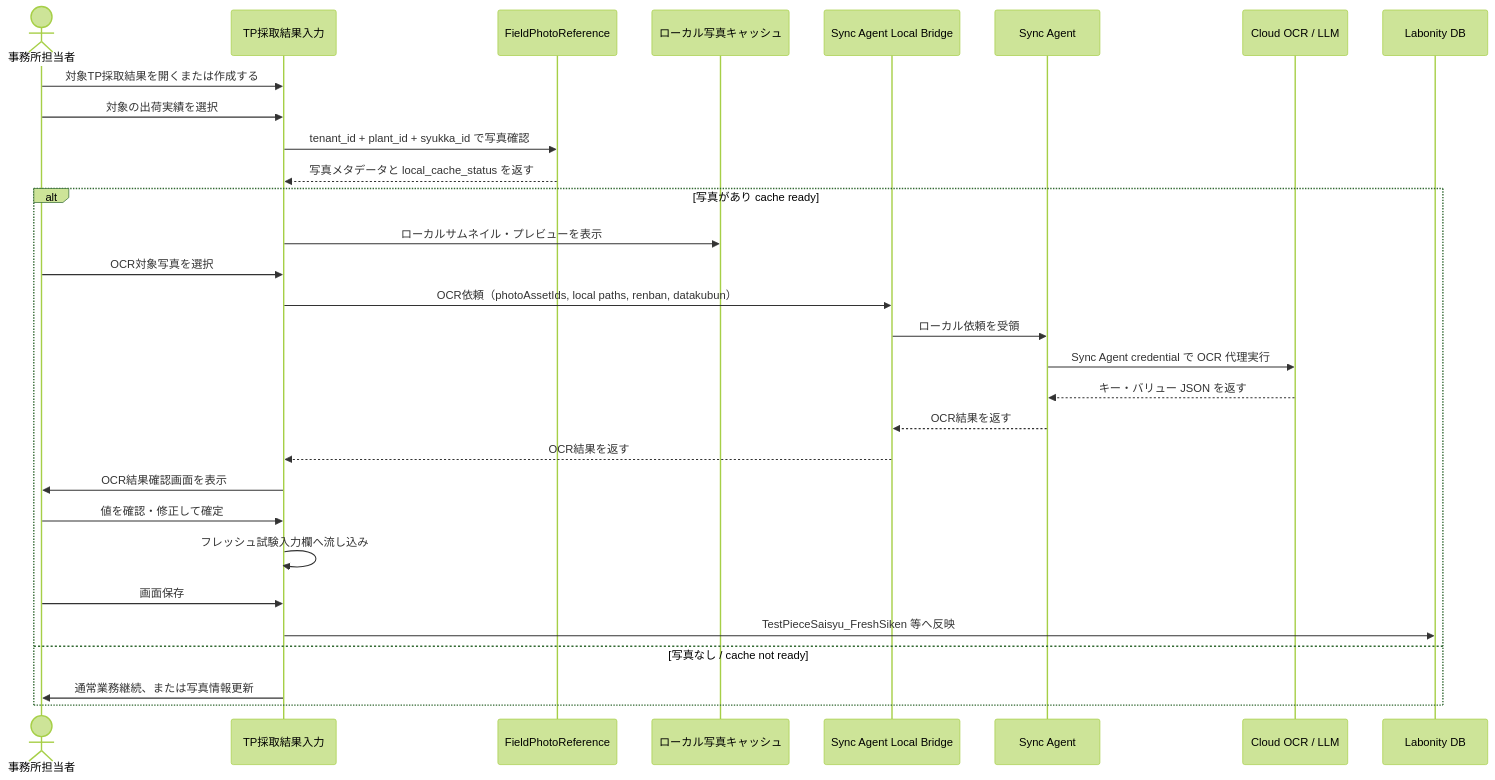
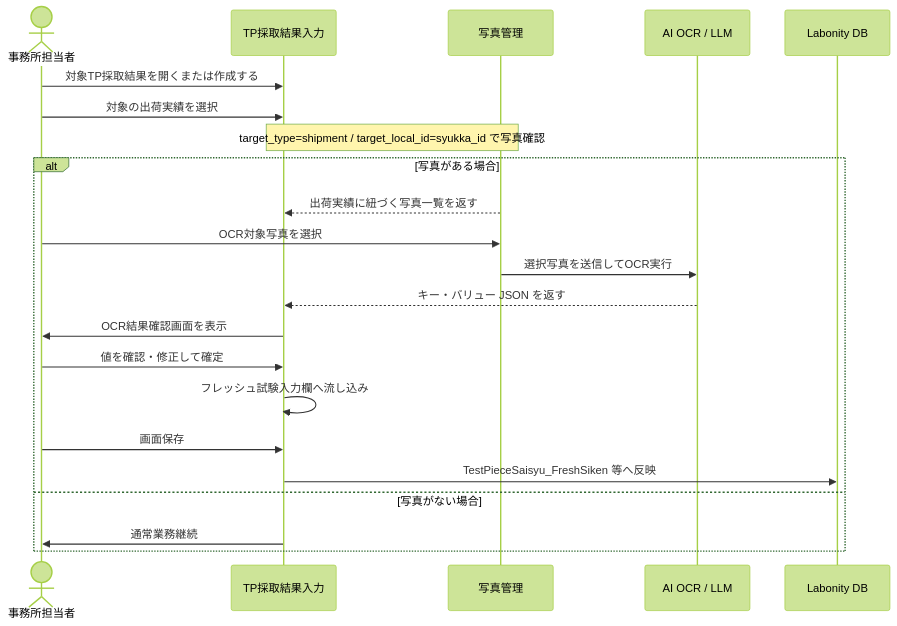
One commit to sakku0039/FieldTester changed the fourth of 4 diagrams in docs/Labonity用現場試験アプリ_設計書_v1.0.md. Above: the diagram before and after it, drawn with Mermaid (forest theme). The commit also changed other lines of this file, not shown here.

````diff
--- a/docs/Labonity用現場試験アプリ_設計書_v1.0.md
+++ b/docs/Labonity用現場試験アプリ_設計書_v1.0.md
@@ -1315,33 +1007,25 @@
 ```mermaid
 sequenceDiagram
     actor User as 事務所担当者
     participant TP as TP採取結果入力
-    participant LocalDB as FieldPhotoReference
-    participant Cache as ローカル写真キャッシュ
-    participant Bridge as Sync Agent Local Bridge
-    participant Agent as Sync Agent
-    participant OCR as Cloud OCR / LLM
+    participant Photo as 写真管理
+    participant OCR as AI OCR / LLM
     participant DB as Labonity DB
 
     User->>TP: 対象TP採取結果を開くまたは作成する
     User->>TP: 対象の出荷実績を選択
-    TP->>LocalDB: tenant_id + plant_id + syukka_id で写真確認
-    LocalDB-->>TP: 写真メタデータと local_cache_status を返す
-    alt 写真があり cache ready
-        TP->>Cache: ローカルサムネイル・プレビューを表示
-        User->>TP: OCR対象写真を選択
-        TP->>Bridge: OCR依頼（photoAssetIds, local paths, renban, datakubun）
-        Bridge->>Agent: ローカル依頼を受領
-        Agent->>OCR: Sync Agent credential で OCR 代理実行
-        OCR-->>Agent: キー・バリュー JSON を返す
-        Agent-->>Bridge: OCR結果を返す
-        Bridge-->>TP: OCR結果を返す
+    Note over TP,Photo: target_type=shipment / target_local_id=syukka_id で写真確認
+    alt 写真がある場合
+        Photo-->>TP: 出荷実績に紐づく写真一覧を返す
+        User->>Photo: OCR対象写真を選択
+        Photo->>OCR: 選択写真を送信してOCR実行
+        OCR-->>TP: キー・バリュー JSON を返す
         TP->>User: OCR結果確認画面を表示
         User->>TP: 値を確認・修正して確定
         TP->>TP: フレッシュ試験入力欄へ流し込み
         User->>TP: 画面保存
         TP->>DB: TestPieceSaisyu_FreshSiken 等へ反映
-    else 写真なし / cache not ready
-        TP->>User: 通常業務継続、または写真情報更新
+    else 写真がない場合
+        TP->>User: 通常業務継続
     end
 ```
````
